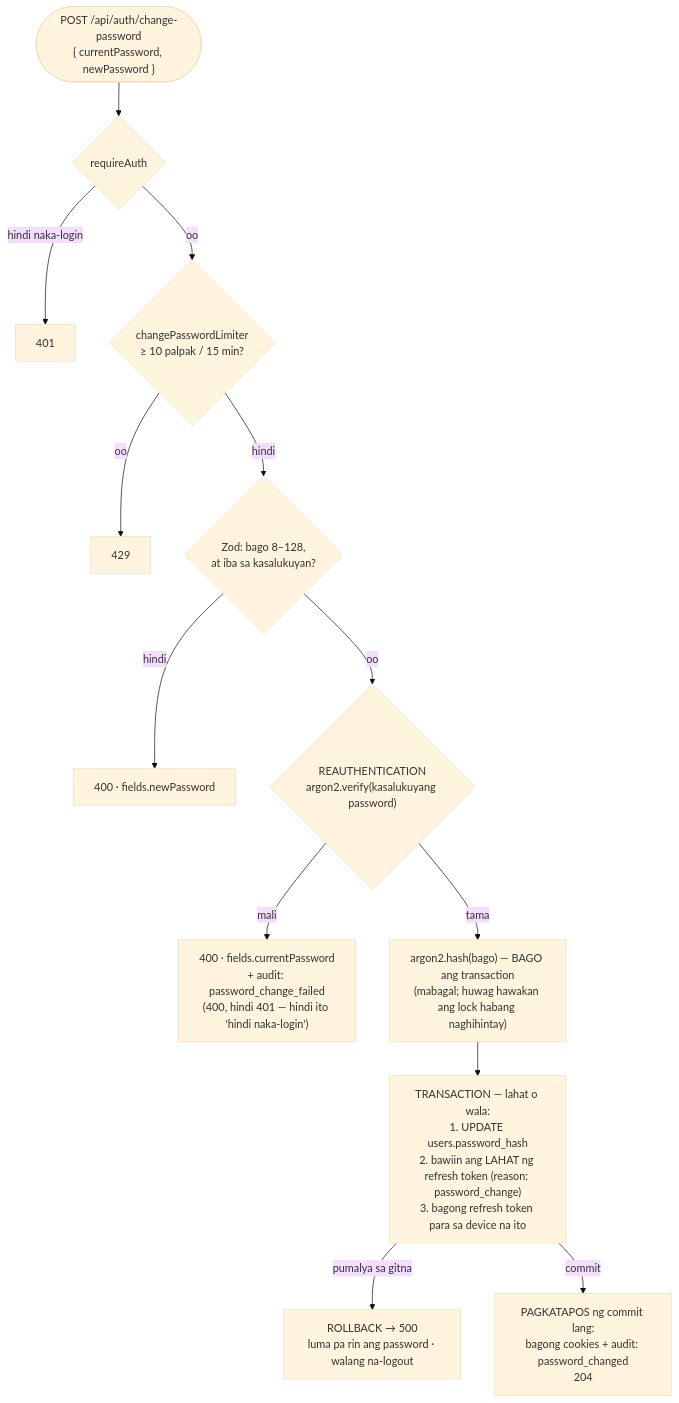
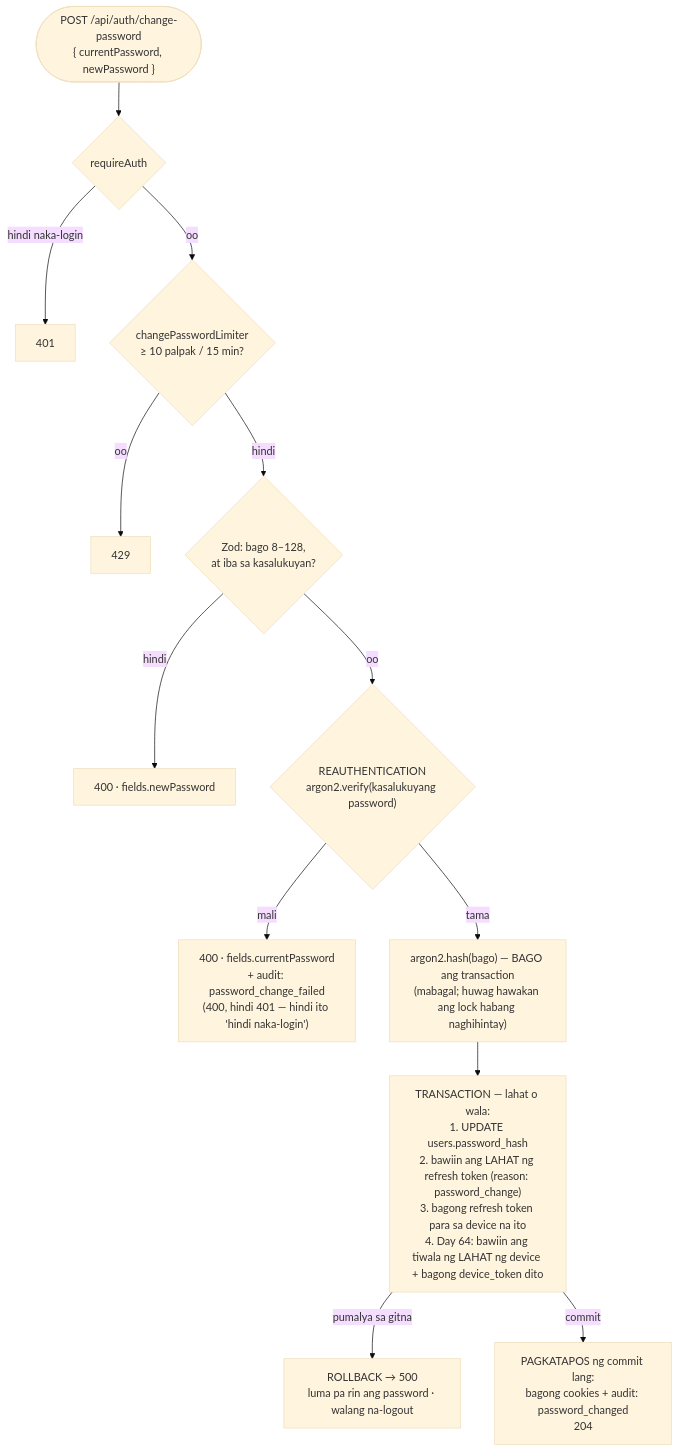
The diagram in docs/diagrams/16-change-password.md (nelson1869-ai/auth-learning), drawn with Mermaid (base theme) before and after one commit. The commit also changed 17 other files, not shown here.

First line of the commit message:
docs: Day 64 device cookies .http, diagrams, journal; stale counts

````diff
--- a/docs/diagrams/16-change-password.md
+++ b/docs/diagrams/16-change-password.md
@@ -8,15 +8,15 @@
 ```mermaid
 flowchart TD
     Req(["POST /api/auth/change-password<br/>{ currentPassword, newPassword }"]) --> Auth{"requireAuth"}
     Auth -->|"hindi naka-login"| R401["401"]
     Auth -->|"oo"| Lim{"changePasswordLimiter<br/>≥ 10 palpak / 15 min?"}
     Lim -->|"oo"| R429["429"]
     Lim -->|"hindi"| Zod{"Zod: bago 8–128,<br/>at iba sa kasalukuyan?"}
     Zod -->|"hindi"| R400a["400 · fields.newPassword"]
     Zod -->|"oo"| Re{"REAUTHENTICATION<br/>argon2.verify(kasalukuyang password)"}
     Re -->|"mali"| R400b["400 · fields.currentPassword<br/>+ audit: password_change_failed<br/>(400, hindi 401 — hindi ito 'hindi naka-login')"]
     Re -->|"tama"| Hash["argon2.hash(bago) — BAGO ang transaction<br/>(mabagal; huwag hawakan ang lock habang naghihintay)"]
-    Hash --> Tx["TRANSACTION — lahat o wala:<br/>1. UPDATE users.password_hash<br/>2. bawiin ang LAHAT ng refresh token (reason: password_change)<br/>3. bagong refresh token para sa device na ito"]
+    Hash --> Tx["TRANSACTION — lahat o wala:<br/>1. UPDATE users.password_hash<br/>2. bawiin ang LAHAT ng refresh token (reason: password_change)<br/>3. bagong refresh token para sa device na ito<br/>4. Day 64: bawiin ang tiwala ng LAHAT ng device + bagong device_token dito"]
     Tx -->|"pumalya sa gitna"| Roll["ROLLBACK → 500<br/>luma pa rin ang password · walang na-logout"]
     Tx -->|"commit"| Ok["PAGKATAPOS ng commit lang:<br/>bagong cookies + audit: password_changed<br/>204"]
 ```
````
